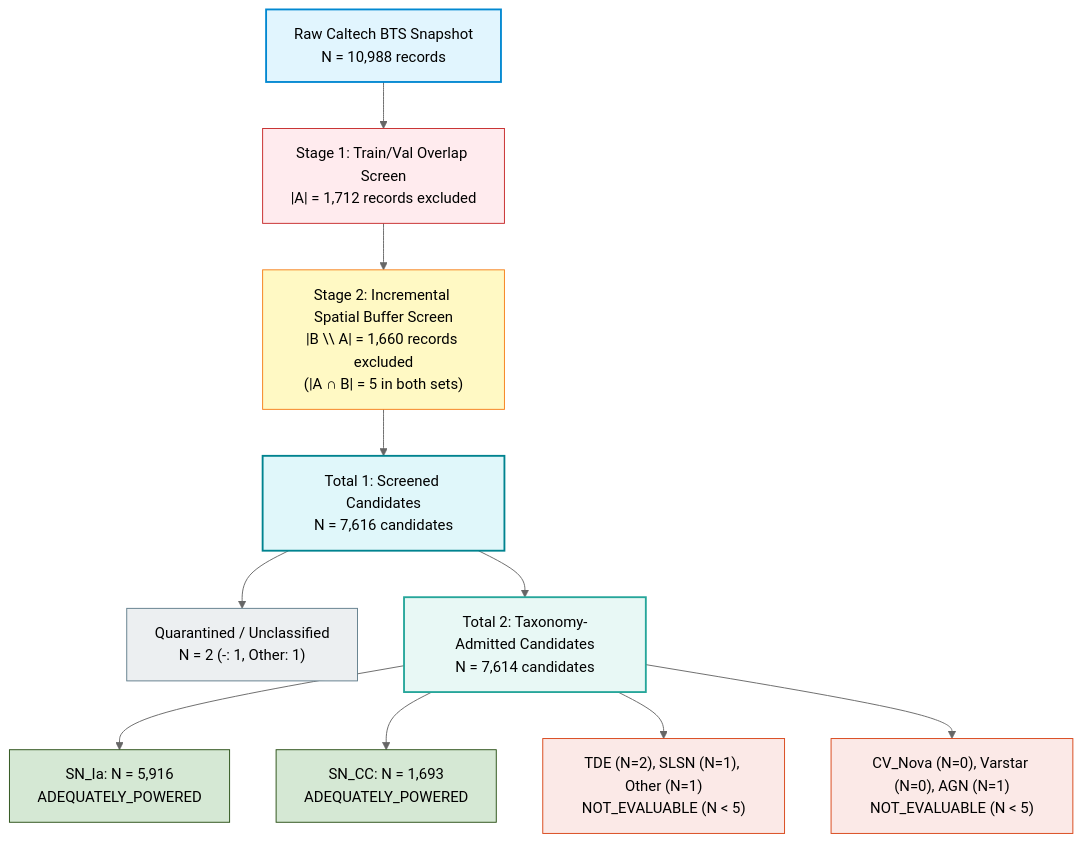
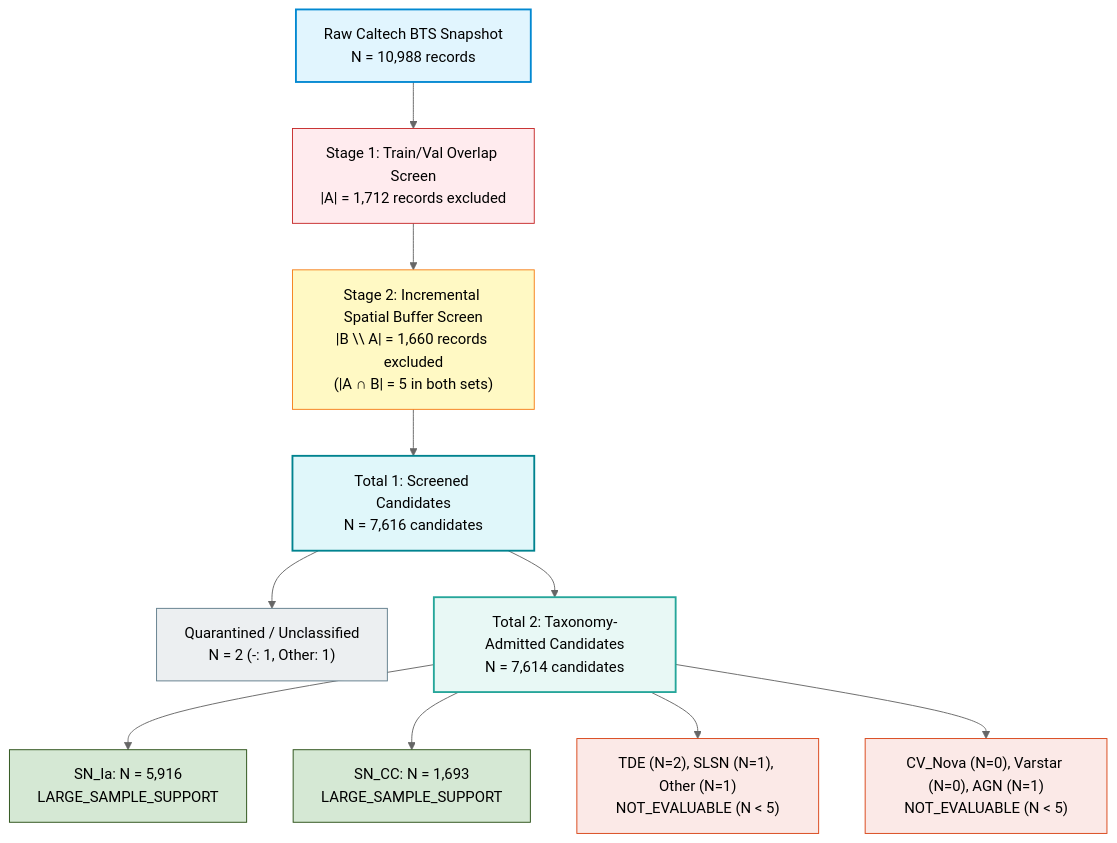
Before and after one commit to TEKURU-ZENO/ASTRAEUS: the diagram in experiments/gate4a_external_cohort_preregistration/GATE_4A_CLASS_SUPPORT_REPORT.md, drawn with Mermaid (neutral theme). The commit also changed other lines of this file and 7 other files, not shown here.

Commit message:
feat(gate-4a1): resolve all Phase 4A.1 review directives, reconcile TDE counts (70-64-4=2), enforce LARGE_SAMPLE_SUPPORT, and add 6/6 pytest suite

````diff
--- a/experiments/gate4a_external_cohort_preregistration/GATE_4A_CLASS_SUPPORT_REPORT.md
+++ b/experiments/gate4a_external_cohort_preregistration/GATE_4A_CLASS_SUPPORT_REPORT.md
@@ -28,22 +28,22 @@
 ```mermaid
 flowchart TD
     RAW["Raw Caltech BTS Snapshot<br/>N = 10,988 records"] --> S1["Stage 1: Train/Val Overlap Screen<br/>|A| = 1,712 records excluded"]
     S1 --> S2["Stage 2: Incremental Spatial Buffer Screen<br/>|B \\ A| = 1,660 records excluded<br/>(|A ∩ B| = 5 in both sets)"]
     S2 --> SCREENED["Total 1: Screened Candidates<br/>N = 7,616 candidates"]
     SCREENED --> QUAR["Quarantined / Unclassified<br/>N = 2 (-: 1, Other: 1)"]
     SCREENED --> ADMIT["Total 2: Taxonomy-Admitted Candidates<br/>N = 7,614 candidates"]
-    ADMIT --> P_SNIA["SN_Ia: N = 5,916<br/>ADEQUATELY_POWERED"]
-    ADMIT --> P_SNCC["SN_CC: N = 1,693<br/>ADEQUATELY_POWERED"]
+    ADMIT --> P_SNIA["SN_Ia: N = 5,916<br/>LARGE_SAMPLE_SUPPORT"]
+    ADMIT --> P_SNCC["SN_CC: N = 1,693<br/>LARGE_SAMPLE_SUPPORT"]
     ADMIT --> P_RARE["TDE (N=2), SLSN (N=1), Other (N=1)<br/>NOT_EVALUABLE (N < 5)"]
     ADMIT --> P_GAL["CV_Nova (N=0), Varstar (N=0), AGN (N=1)<br/>NOT_EVALUABLE (N < 5)"]
     style RAW fill:#e1f5fe,stroke:#0288d1,stroke-width:2px
     style S1 fill:#ffebee,stroke:#c62828
     style S2 fill:#fff9c4,stroke:#f57f17
     style SCREENED fill:#e0f7fa,stroke:#00838f,stroke-width:2px
     style ADMIT fill:#e8f8f5,stroke:#26a69a,stroke-width:2px
     style P_SNIA fill:#d5e8d4,stroke:#274e13
     style P_SNCC fill:#d5e8d4,stroke:#274e13
     style P_RARE fill:#fbe9e7,stroke:#d84315
     style P_GAL fill:#fbe9e7,stroke:#d84315
     style QUAR fill:#eceff1,stroke:#607d8b
 ```
````
